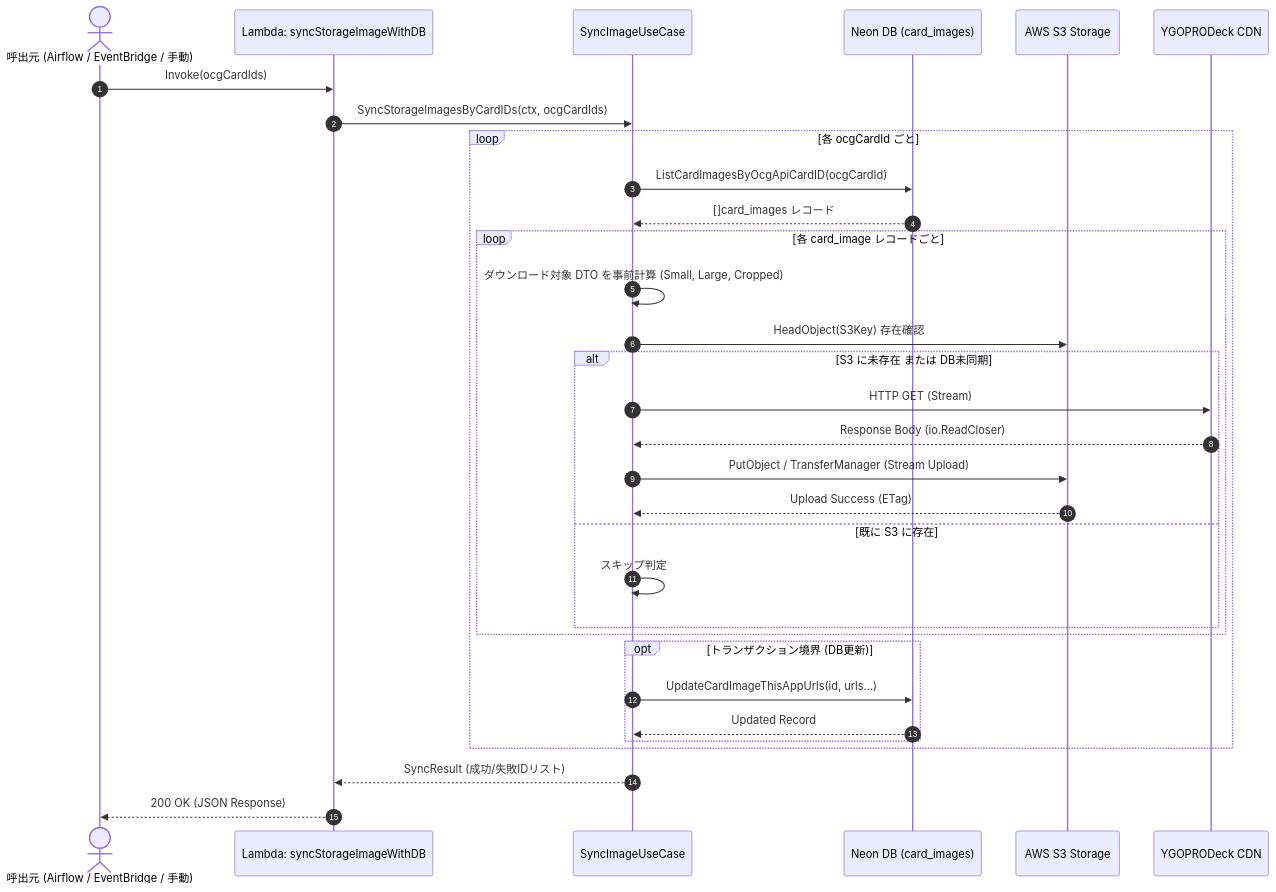
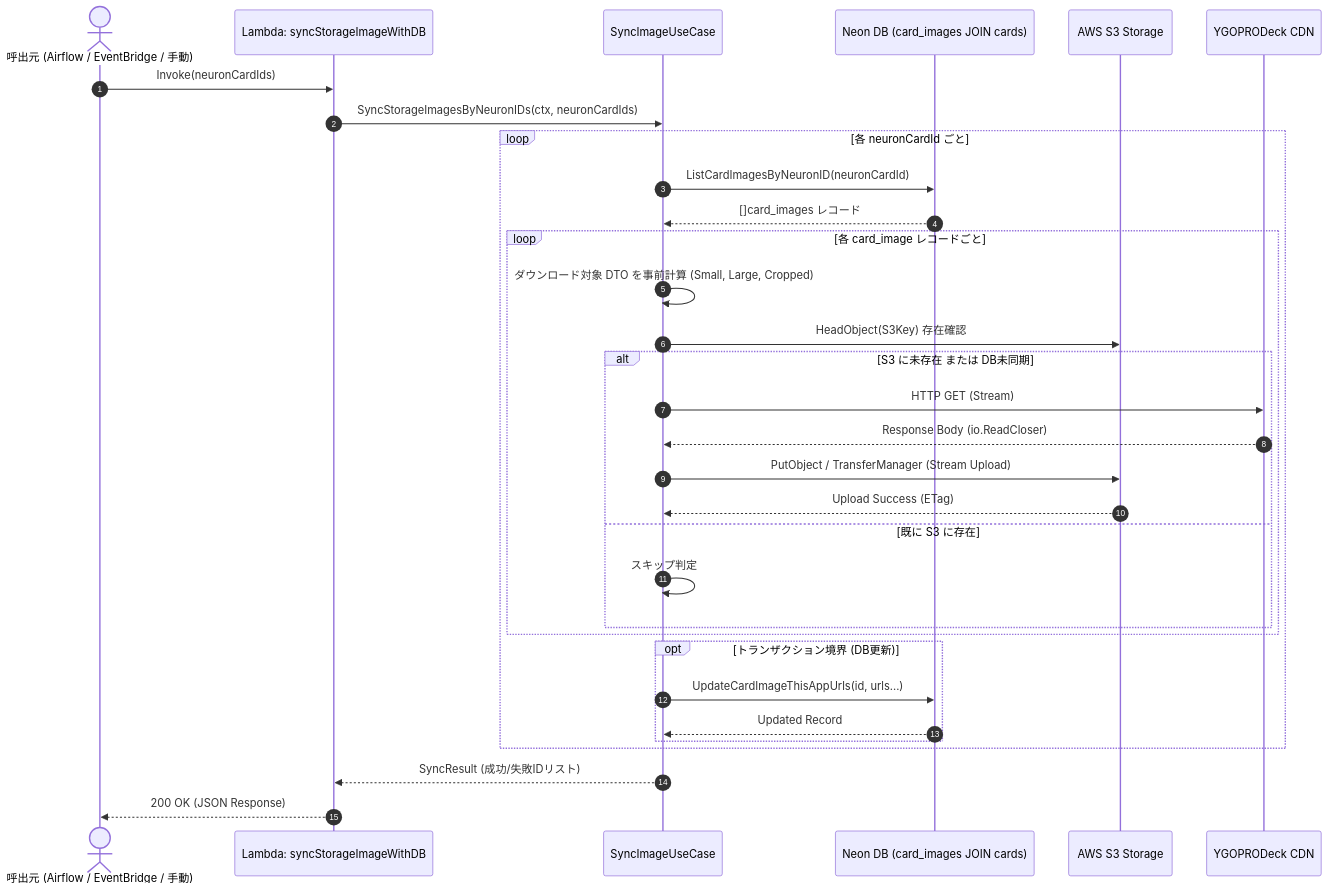
One commit to atomisu0313/ocg_statistics changed the diagram in docs/05_sync_images/01_sync_storage_images_api_specification.md. Above: the diagram before and after it, drawn with Mermaid. The commit also changed other lines of this file and 15 other files, not shown here.

Commit message:
refactor: 【syncStorageImage】NeuronIDによる画像検索およびI/Oスキーマの完全刷新 #19

````diff
--- a/docs/05_sync_images/01_sync_storage_images_api_specification.md
+++ b/docs/05_sync_images/01_sync_storage_images_api_specification.md
@@ -81,40 +81,40 @@
 ```mermaid
 sequenceDiagram
     autonumber
     actor Caller as 呼出元 (Airflow / EventBridge / 手動)
     participant Lambda as Lambda: syncStorageImageWithDB
     participant UseCase as SyncImageUseCase
-    participant DB as Neon DB (card_images)
+    participant DB as Neon DB (card_images JOIN cards)
     participant S3 as AWS S3 Storage
     participant ExtCDN as YGOPRODeck CDN
 
-    Caller->>Lambda: Invoke(ocgCardIds)
-    Lambda->>UseCase: SyncStorageImagesByCardIDs(ctx, ocgCardIds)
+    Caller->>Lambda: Invoke(neuronCardIds)
+    Lambda->>UseCase: SyncStorageImagesByNeuronIDs(ctx, neuronCardIds)
 
-    loop 各 ocgCardId ごと
-        UseCase->>DB: ListCardImagesByOcgApiCardID(ocgCardId)
+    loop 各 neuronCardId ごと
+        UseCase->>DB: ListCardImagesByNeuronID(neuronCardId)
         DB-->>UseCase: []card_images レコード
         
         loop 各 card_image レコードごと
             UseCase->>UseCase: ダウンロード対象 DTO を事前計算 (Small, Large, Cropped)
             
             UseCase->>S3: HeadObject(S3Key) 存在確認
             alt S3 に未存在 または DB未同期
                 UseCase->>ExtCDN: HTTP GET (Stream)
                 ExtCDN-->>UseCase: Response Body (io.ReadCloser)
                 UseCase->>S3: PutObject / TransferManager (Stream Upload)
                 S3-->>UseCase: Upload Success (ETag)
             else 既に S3 に存在
                 UseCase->>UseCase: スキップ判定
             end
         end
 
         opt トランザクション境界 (DB更新)
             UseCase->>DB: UpdateCardImageThisAppUrls(id, urls...)
             DB-->>UseCase: Updated Record
         end
     end
 
     UseCase-->>Lambda: SyncResult (成功/失敗IDリスト)
     Lambda-->>Caller: 200 OK (JSON Response)
 ```
````
